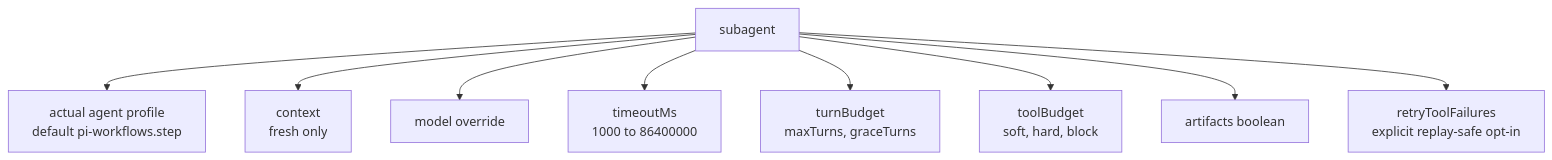
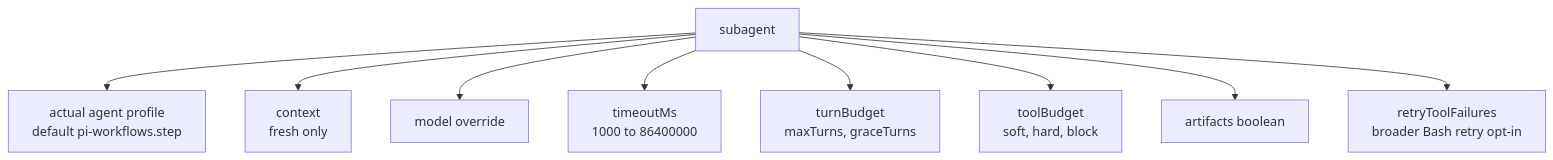
The sixth of 7 diagrams in openwiki/authoring/workflow-files.md (wichayutdew/pi-workflows), drawn with Mermaid before and after one commit. The commit also changed 10 other files, not shown here.

````diff
--- a/openwiki/authoring/workflow-files.md
+++ b/openwiki/authoring/workflow-files.md
@@ -191,11 +191,11 @@
 ```mermaid
 flowchart TD
   Subagent[subagent] --> Profile[actual agent profile<br/>default pi-workflows.step]
   Subagent --> Context[context<br/>fresh only]
   Subagent --> Model[model override]
   Subagent --> Timeout[timeoutMs<br/>1000 to 86400000]
   Subagent --> TurnBudget[turnBudget<br/>maxTurns, graceTurns]
   Subagent --> ToolBudget[toolBudget<br/>soft, hard, block]
   Subagent --> Artifacts[artifacts boolean]
-  Subagent --> Retry[retryToolFailures<br/>explicit replay-safe opt-in]
+  Subagent --> Retry[retryToolFailures<br/>broader Bash retry opt-in]
 ```
````
